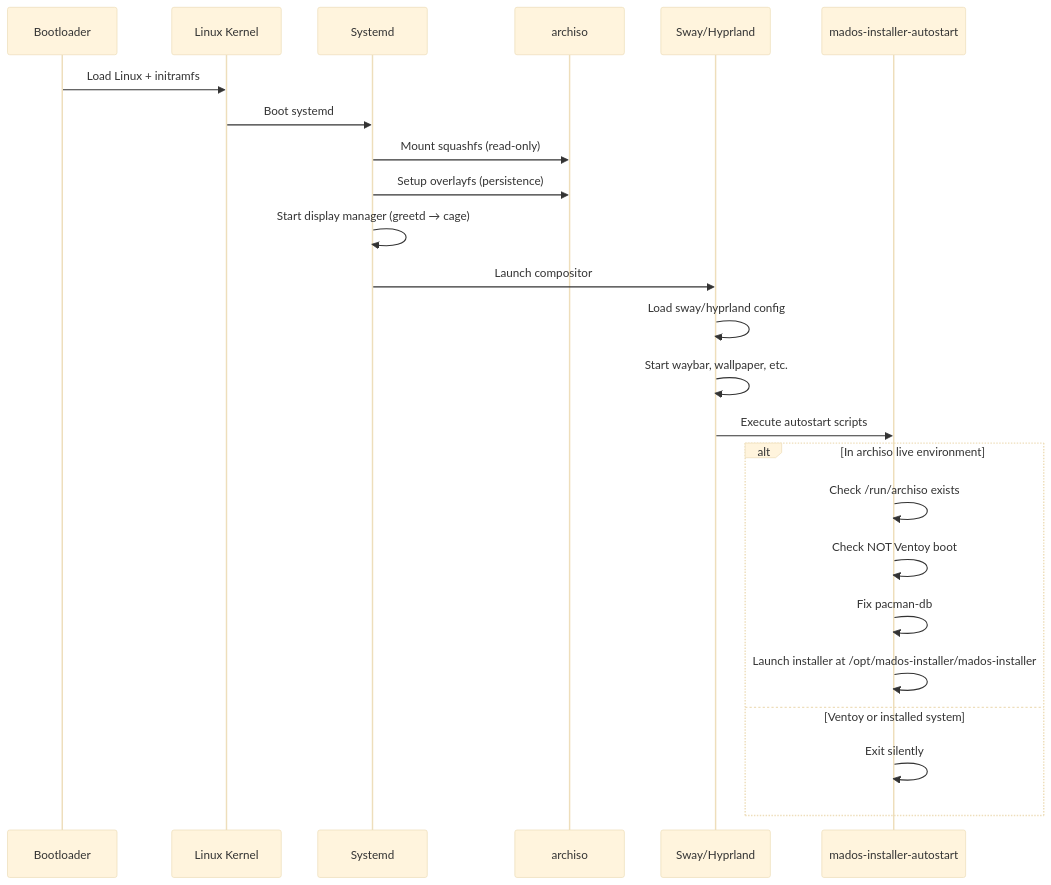
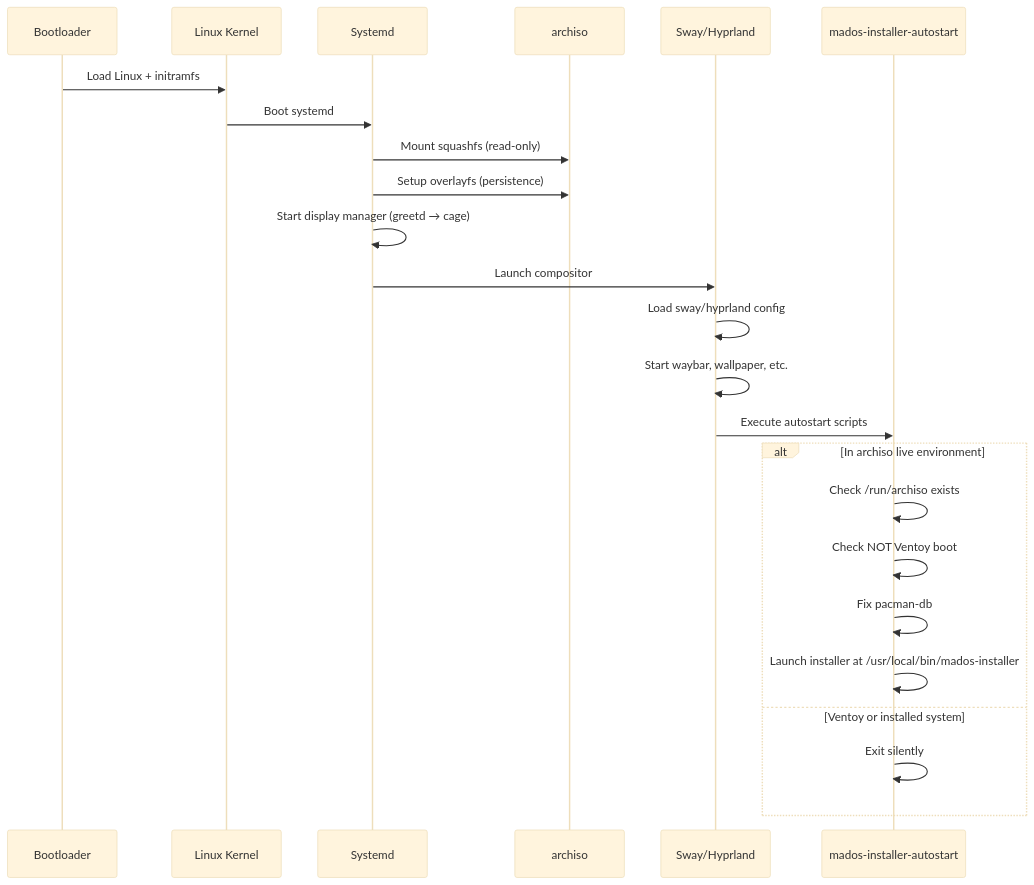
One commit to madoslinux/mad-os changed the second of 6 diagrams in docs/SEQUENCE_DIAGRAMS.md. Above: the diagram before and after it, drawn with Mermaid (base theme). The commit also changed other lines of this file and 12 other files, not shown here.

Commit message:
fix: use /usr/local/bin/mados-installer instead of /opt/

````diff
--- a/docs/SEQUENCE_DIAGRAMS.md
+++ b/docs/SEQUENCE_DIAGRAMS.md
@@ -35,29 +35,29 @@
 ```mermaid
 sequenceDiagram
     participant B as Bootloader
     participant K as Linux Kernel
     participant S as Systemd
     participant A as archiso
     participant W as Sway/Hyprland
     participant I as mados-installer-autostart
 
     B->>K: Load Linux + initramfs
     K->>S: Boot systemd
     S->>A: Mount squashfs (read-only)
     S->>A: Setup overlayfs (persistence)
     S->>S: Start display manager (greetd → cage)
     
     S->>W: Launch compositor
     W->>W: Load sway/hyprland config
     W->>W: Start waybar, wallpaper, etc.
     
     W->>I: Execute autostart scripts
     alt In archiso live environment
         I->>I: Check /run/archiso exists
         I->>I: Check NOT Ventoy boot
         I->>I: Fix pacman-db
-        I->>I: Launch installer at /opt/mados-installer/mados-installer
+        I->>I: Launch installer at /usr/local/bin/mados-installer
     else Ventoy or installed system
         I->>I: Exit silently
     end
 ```
````
